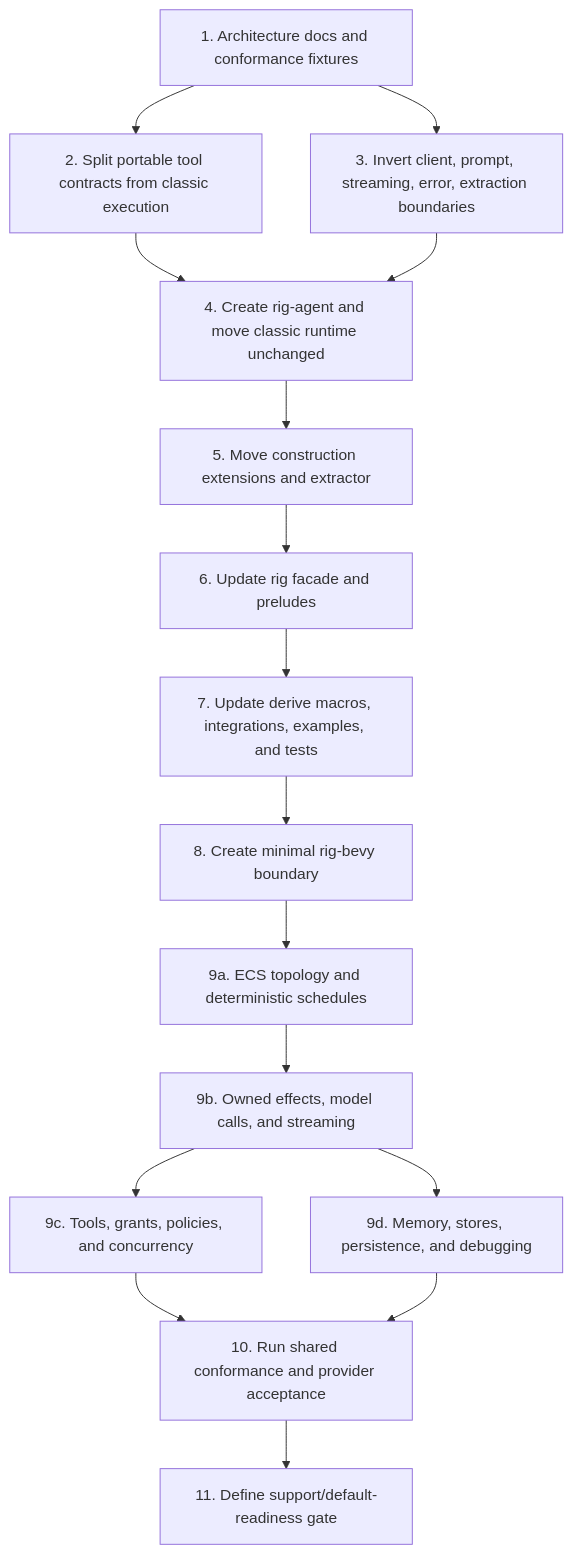
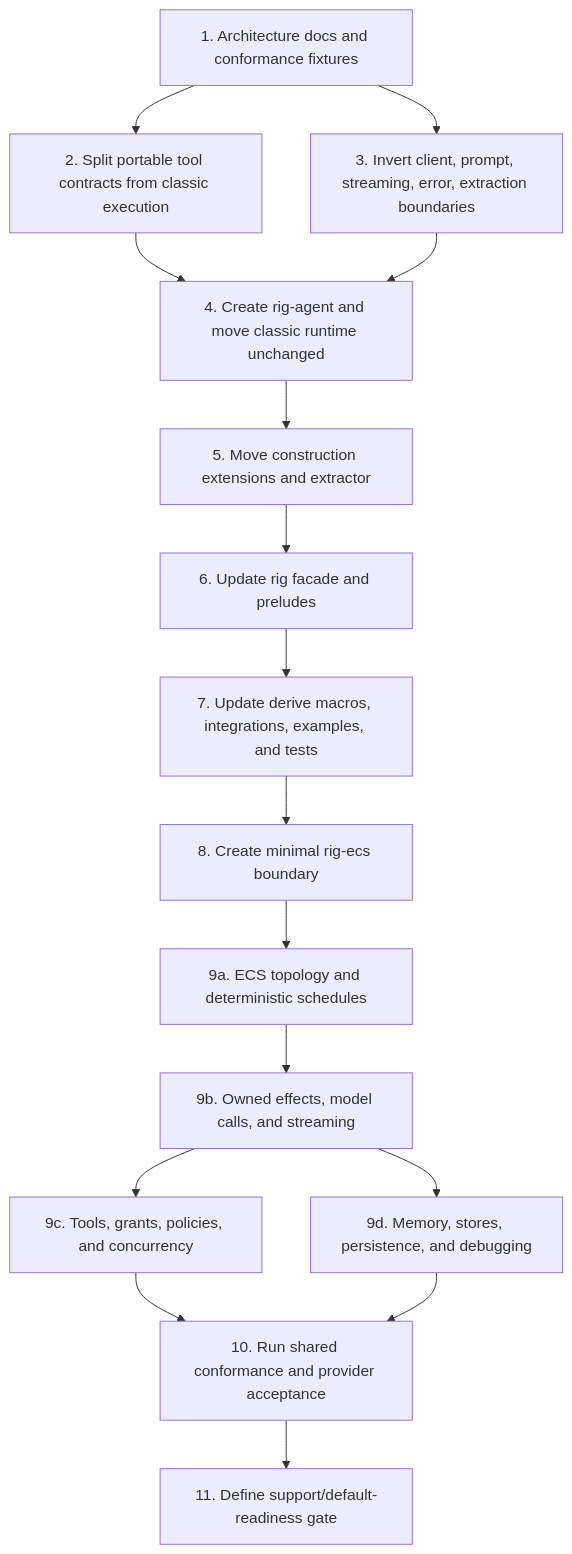
One commit to 0xPlaygrounds/rig changed the seventh of 7 diagrams in docs/architecture/rig-runtime-split/README.md. Above: the diagram before and after it, drawn with Mermaid. The commit also changed other lines of this file and 335 other files, not shown here.

First line of the commit message:
refactor: rename rig-bevy to rig-ecs and keep CompletionClient construction

````diff
--- a/docs/architecture/rig-runtime-split/README.md
+++ b/docs/architecture/rig-runtime-split/README.md
@@ -384,33 +384,33 @@
 ```mermaid
 flowchart TD
     P1[1. Architecture docs and conformance fixtures]
     P2[2. Split portable tool contracts from classic execution]
     P3[3. Invert client, prompt, streaming, error, extraction boundaries]
     P4[4. Create rig-agent and move classic runtime unchanged]
     P5[5. Move construction extensions and extractor]
     P6[6. Update rig facade and preludes]
     P7[7. Update derive macros, integrations, examples, and tests]
-    P8[8. Create minimal rig-bevy boundary]
+    P8[8. Create minimal rig-ecs boundary]
     P9a[9a. ECS topology and deterministic schedules]
     P9b[9b. Owned effects, model calls, and streaming]
     P9c[9c. Tools, grants, policies, and concurrency]
     P9d[9d. Memory, stores, persistence, and debugging]
     P10[10. Run shared conformance and provider acceptance]
     P11[11. Define support/default-readiness gate]
 
     P1 --> P2
     P1 --> P3
     P2 --> P4
     P3 --> P4
     P4 --> P5
     P5 --> P6
     P6 --> P7
     P7 --> P8
     P8 --> P9a
     P9a --> P9b
     P9b --> P9c
     P9b --> P9d
     P9c --> P10
     P9d --> P10
     P10 --> P11
 ```
````
